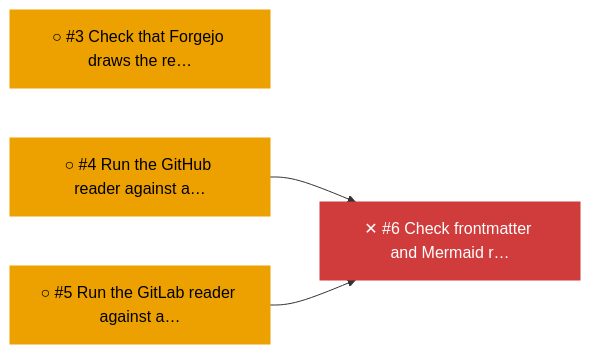
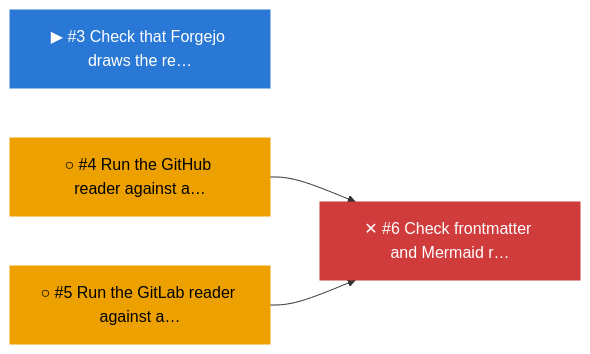
Before and after one commit to bvraghav/pmtrack: the second of 2 diagrams in progress/forges.md, drawn with Mermaid. The commit also changed other lines of this file and 7 other files, not shown here.

````diff
--- a/progress/forges.md
+++ b/progress/forges.md
@@ -43,15 +44,15 @@
 ```mermaid
 flowchart LR
-  n0["○ #3 Check that Forgejo draws the re…"]:::ready
+  n0["▶ #3 Check that Forgejo draws the re…"]:::active
   n1["○ #4 Run the GitHub reader against a…"]:::ready
   n2["○ #5 Run the GitLab reader against a…"]:::ready
   n3["✕ #6 Check frontmatter and Mermaid r…"]:::blocked
   n1 --> n3
   n2 --> n3
   classDef done fill:#0ca30c,color:#000,stroke:#0ca30c
   classDef active fill:#2a78d6,color:#fff,stroke:#2a78d6
   classDef ready fill:#eda100,color:#000,stroke:#eda100
   classDef blocked fill:#d03b3b,color:#fff,stroke:#d03b3b
   classDef unknown fill:#898781,color:#000,stroke:#898781
   classDef dropped fill:#898781,color:#000,stroke:#898781
 ```
````
